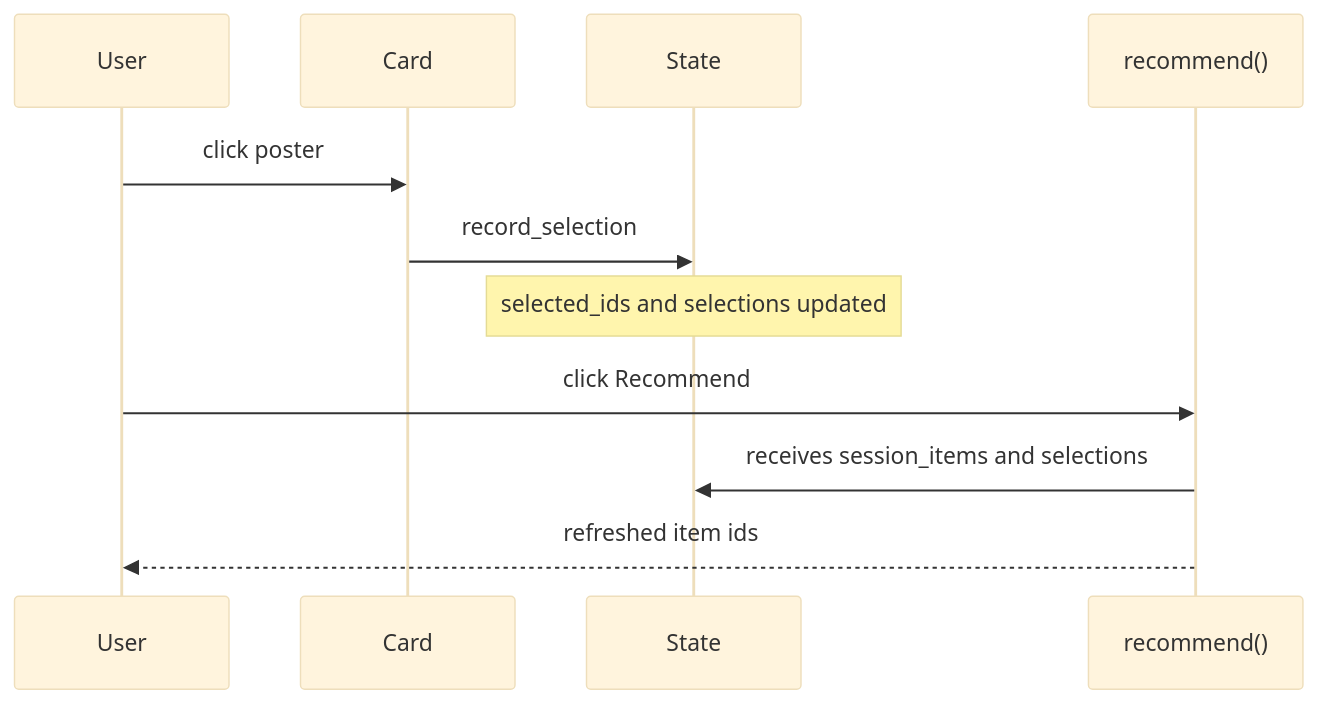
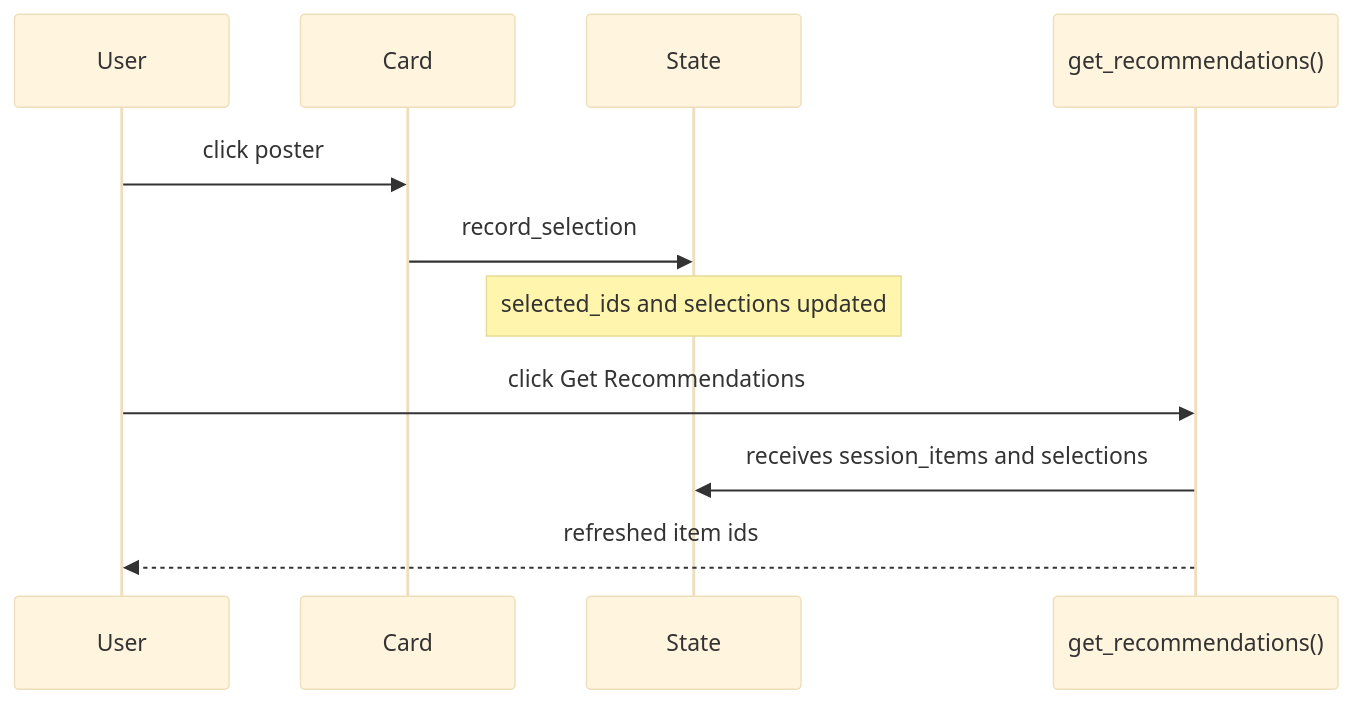
One commit to vaclavstibor/streamlit-recommenders changed the diagram in docs/CONTRACTS.md. Above: the diagram before and after it, drawn with Mermaid (base theme). The commit also changed other lines of this file and 9 other files, not shown here.

````diff
--- a/docs/CONTRACTS.md
+++ b/docs/CONTRACTS.md
@@ -76,14 +128,14 @@
 ```mermaid
 sequenceDiagram
   participant User
   participant Card
   participant State
-  participant Rec as recommend()
+  participant Rec as get_recommendations()
 
   User->>Card: click poster
   Card->>State: record_selection
   Note over State: selected_ids and selections updated
-  User->>Rec: click Recommend
+  User->>Rec: click Get Recommendations
   Rec->>State: receives session_items and selections
   Rec-->>User: refreshed item ids
 ```
````
